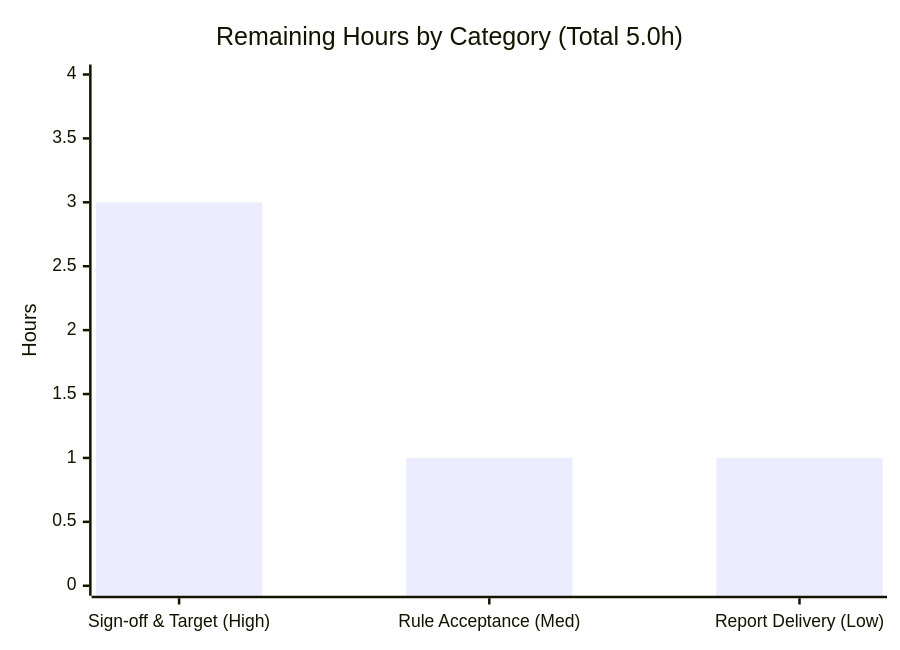
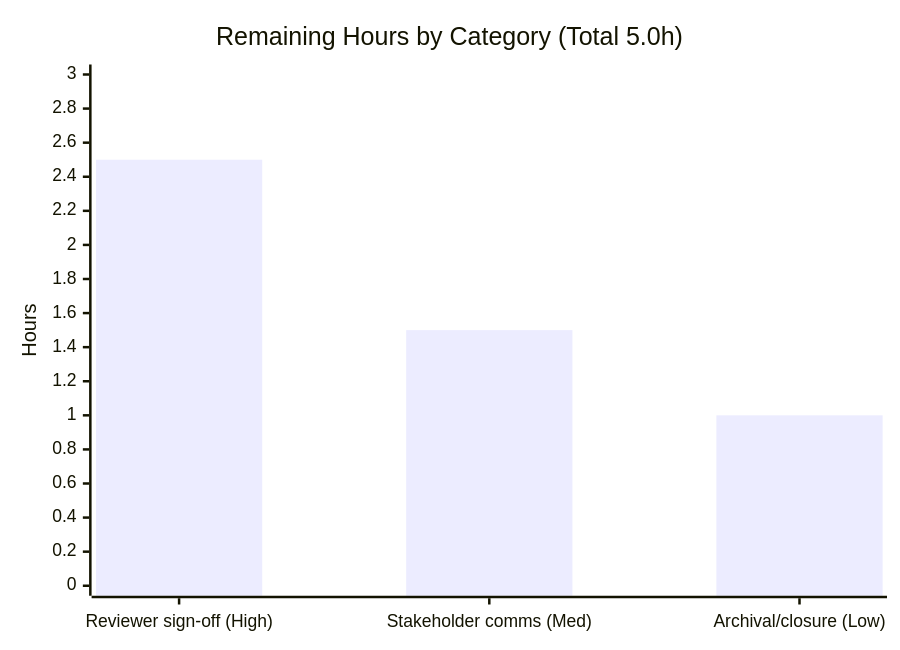
Before and after one commit to ajitblitzy/Society_mngt_300K_Nested: the third of 3 diagrams in blitzy/documentation/Project Guide.md, drawn with Mermaid. The commit also changed other lines of this file, not shown here.

````diff
--- a/blitzy/documentation/Project Guide.md
+++ b/blitzy/documentation/Project Guide.md
@@ -198,7 +185,7 @@
 ```mermaid
 xychart-beta
     title "Remaining Hours by Category (Total 5.0h)"
-    x-axis ["Sign-off & Target (High)", "Rule Acceptance (Med)", "Report Delivery (Low)"]
-    y-axis "Hours" 0 --> 4
-    bar [3, 1, 1]
+    x-axis ["Reviewer sign-off (High)", "Stakeholder comms (Med)", "Archival/closure (Low)"]
+    y-axis "Hours" 0 --> 3
+    bar [2.5, 1.5, 1.0]
 ```
````
